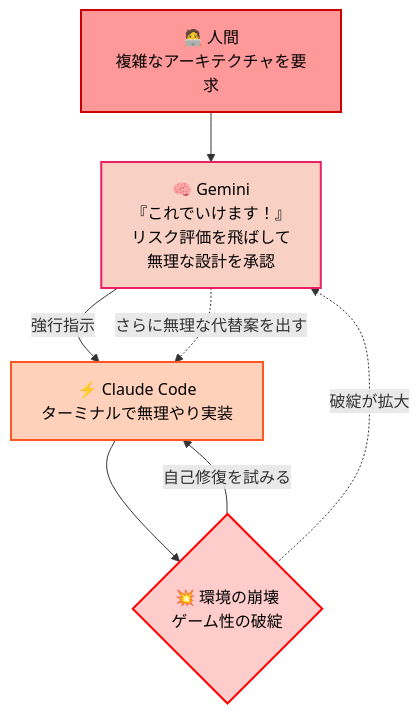
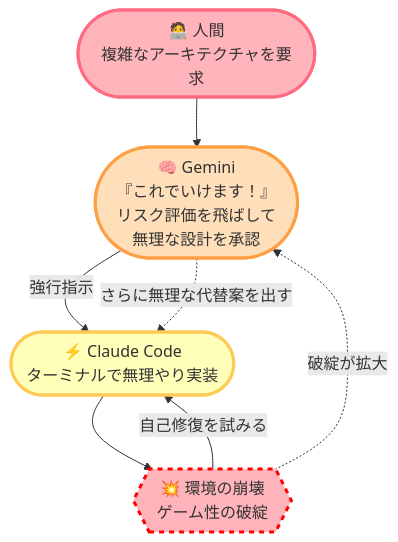
One commit to HarukiMitsui/Clio changed the second of 3 diagrams in articles/wisdom-post-mortem.md. Above: the diagram before and after it, drawn with Mermaid. The commit also changed other lines of this file and 1 other file, not shown here.

Commit message:
fix: resolve mermaid syntax error and apply pop style to diagrams

````diff
--- a/articles/wisdom-post-mortem.md
+++ b/articles/wisdom-post-mortem.md
@@ -55,14 +52,14 @@
 ```mermaid
 flowchart TD
-    classDef human fill:#ff9999,stroke:#cc0000,stroke-width:2px,color:#000
-    classDef gemini fill:#f9d0c4,stroke:#e91e63,stroke-width:2px,color:#000
-    classDef claude fill:#ffd1ba,stroke:#ff5722,stroke-width:2px,color:#000
-    classDef error fill:#ffcccc,stroke:#ff0000,stroke-width:2px,color:#000
+    classDef human fill:#ffb3ba,stroke:#ff6b81,stroke-width:3px,color:#333
+    classDef gemini fill:#ffdfba,stroke:#ff9f43,stroke-width:3px,color:#333
+    classDef claude fill:#ffffba,stroke:#feca57,stroke-width:3px,color:#333
+    classDef error fill:#ffb3ba,stroke:#ff0000,stroke-width:3px,stroke-dasharray: 5 5,color:#333
 
-    H["🧑‍💻 人間<br/>複雑なアーキテクチャを要求"]:::human --> G
-    G["🧠 Gemini<br/>『これでいけます！』<br/>リスク評価を飛ばして<br/>無理な設計を承認"]:::gemini -->|強行指示| C
-    C["⚡ Claude Code<br/>ターミナルで無理やり実装"]:::claude --> E
-    E{"💥 環境の崩壊<br/>ゲーム性の破綻"}:::error -->|自己修復を試みる| C
+    H(["🧑‍💻 人間<br/>複雑なアーキテクチャを要求"]):::human --> G
+    G(["🧠 Gemini<br/>『これでいけます！』<br/>リスク評価を飛ばして<br/>無理な設計を承認"]):::gemini -->|強行指示| C
+    C(["⚡ Claude Code<br/>ターミナルで無理やり実装"]):::claude --> E
+    E{{"💥 環境の崩壊<br/>ゲーム性の破綻"}}:::error -->|自己修復を試みる| C
     E -.->|破綻が拡大| G
     G -.->|さらに無理な代替案を出す| C
 ```
````
